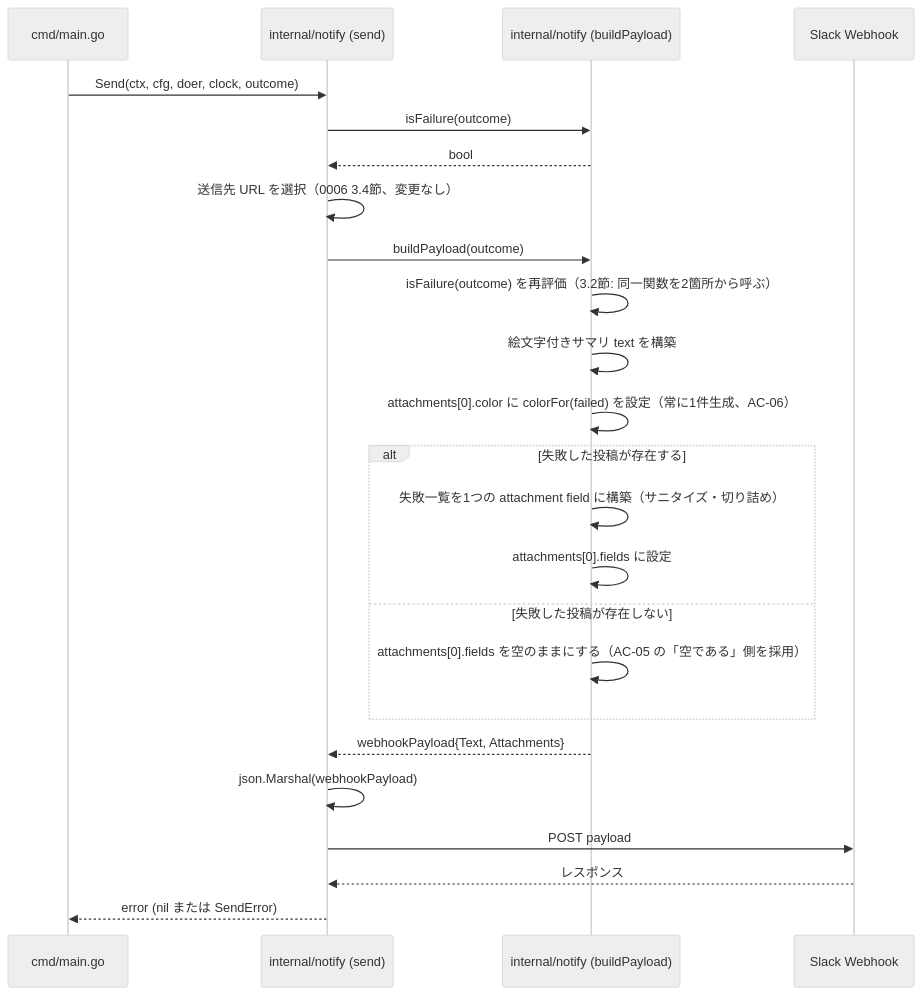
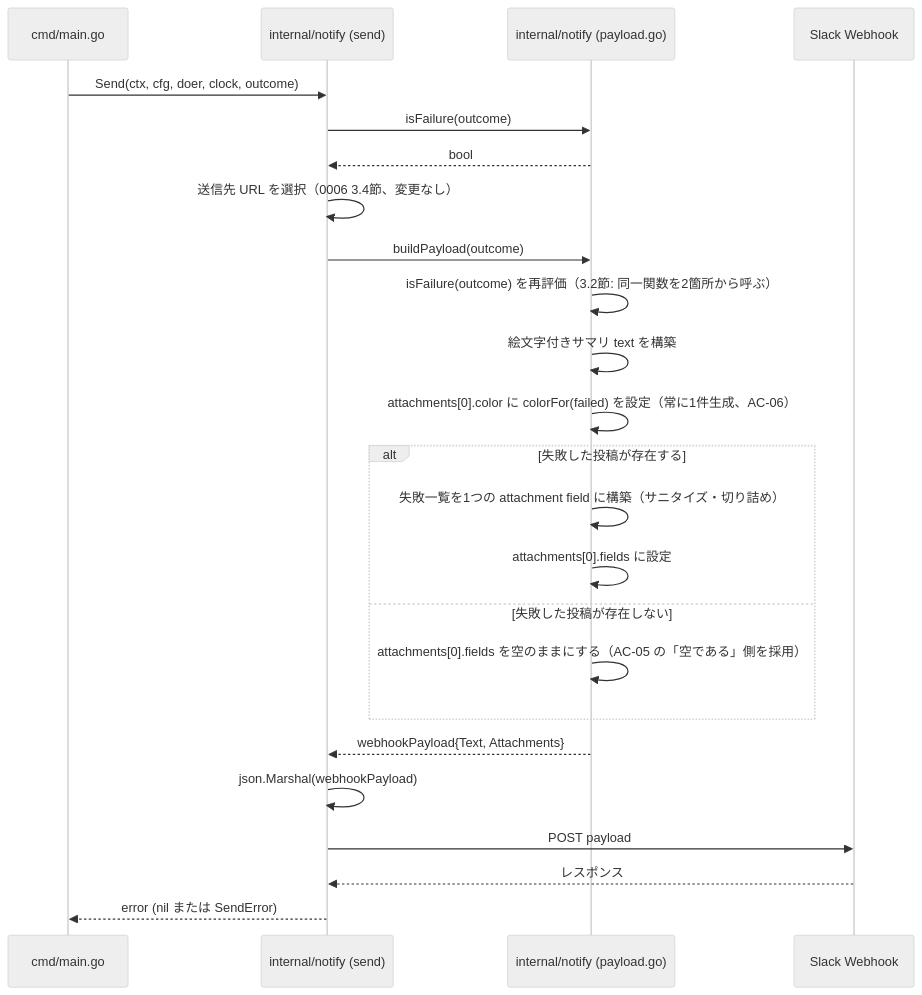
One commit to isseis/bsky-cleaner changed the third of 4 diagrams in docs/tasks/0012_slack_rich_formatting/02_architecture.md. Above: the diagram before and after it, drawn with Mermaid (neutral theme). The commit also changed other lines of this file and 1 other file, not shown here.

Commit message:
fix: address PR #119 review comments

````diff
--- a/docs/tasks/0012_slack_rich_formatting/02_architecture.md
+++ b/docs/tasks/0012_slack_rich_formatting/02_architecture.md
@@ -108,27 +108,27 @@
 ```mermaid
 sequenceDiagram
     participant M as cmd/main.go
     participant N as internal/notify (send)
-    participant B as internal/notify (buildPayload)
+    participant B as internal/notify (payload.go)
     participant S as Slack Webhook
 
     M->>N: Send(ctx, cfg, doer, clock, outcome)
     N->>B: isFailure(outcome)
     B-->>N: bool
     N->>N: 送信先 URL を選択（0006 3.4節、変更なし）
     N->>B: buildPayload(outcome)
     B->>B: isFailure(outcome) を再評価（3.2節: 同一関数を2箇所から呼ぶ）
     B->>B: 絵文字付きサマリ text を構築
     B->>B: attachments[0].color に colorFor(failed) を設定（常に1件生成、AC-06）
     alt 失敗した投稿が存在する
         B->>B: 失敗一覧を1つの attachment field に構築（サニタイズ・切り詰め）
         B->>B: attachments[0].fields に設定
     else 失敗した投稿が存在しない
         B->>B: attachments[0].fields を空のままにする（AC-05 の「空である」側を採用）
     end
     B-->>N: webhookPayload{Text, Attachments}
     N->>N: json.Marshal(webhookPayload)
     N->>S: POST payload
     S-->>N: レスポンス
     N-->>M: error (nil または SendError)
 ```
````
